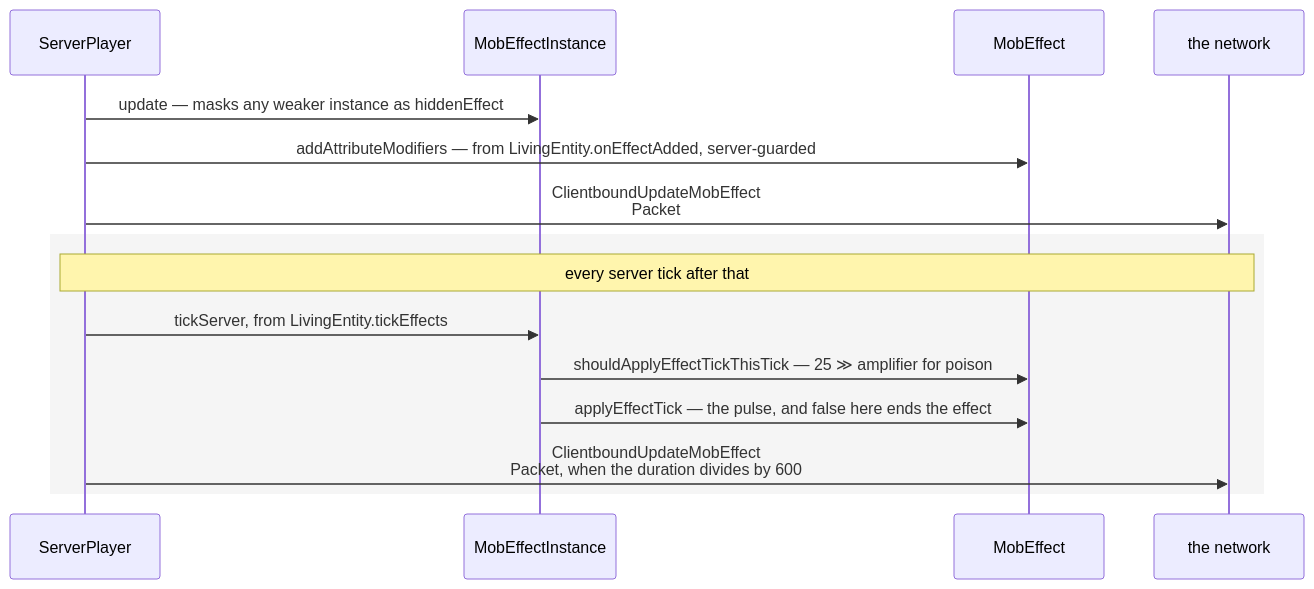
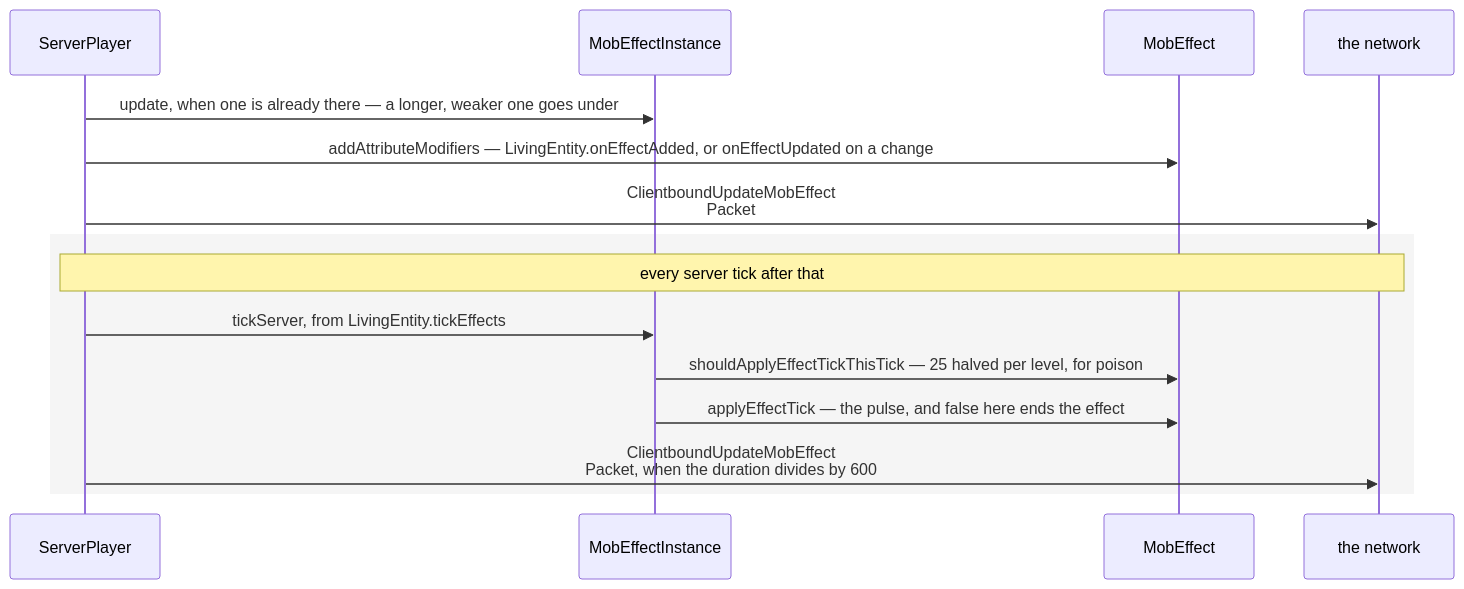
The first of 2 diagrams in src/systems/player/status-effects.md (AlexanderjFraser/MinecraftDocs), drawn with Mermaid before and after one commit. The commit also changed other lines of this file and 16 other files, not shown here.

````diff
--- a/src/systems/player/status-effects.md
+++ b/src/systems/player/status-effects.md
@@ -168,18 +173,18 @@
 ```mermaid
 sequenceDiagram
     participant SP as ServerPlayer
     participant MEI as MobEffectInstance
     participant ME as MobEffect
     participant Wire as the network
 
-    SP->>MEI: update — masks any weaker instance as hiddenEffect
-    SP->>ME: addAttributeModifiers — from LivingEntity.onEffectAdded, server-guarded
+    SP->>MEI: update, when one is already there — a longer, weaker one goes under
+    SP->>ME: addAttributeModifiers — LivingEntity.onEffectAdded, or onEffectUpdated on a change
     SP->>Wire: ClientboundUpdateMobEffect<br/>Packet
     rect rgba(0, 0, 0, 0.04)
         Note over SP,Wire: every server tick after that
         SP->>MEI: tickServer, from LivingEntity.tickEffects
-        MEI->>ME: shouldApplyEffectTickThisTick — 25 ≫ amplifier for poison
+        MEI->>ME: shouldApplyEffectTickThisTick — 25 halved per level, for poison
         MEI->>ME: applyEffectTick — the pulse, and false here ends the effect
         SP->>Wire: ClientboundUpdateMobEffect<br/>Packet, when the duration divides by 600
     end
 ```
````
